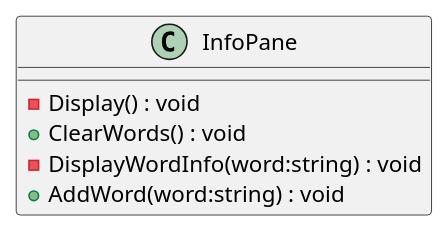
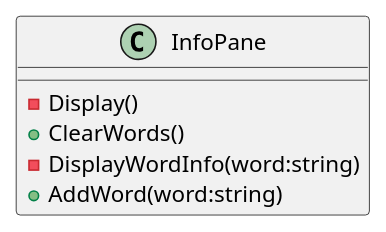
Before and after one commit to Leximon-SWE-2025/Leximon: the diagram in PlantUML/scenes/InfoPane.puml, drawn with PlantUML. The commit also changed 16 other files, not shown here.

```diff
--- a/PlantUML/scenes/InfoPane.puml
+++ b/PlantUML/scenes/InfoPane.puml
@@ -1,15 +1,15 @@
 @startuml InfoPane
 class InfoPane  {
     ' - wordContainer : GridContainer
     ' - playerType : Label
     ' - stats : Label
     ' - player : Player
-    ' + <<override>> _Ready() : void
-    - Display() : void
-    ' - UpdatePlayerInfo() : void
-    + ClearWords() : void
-    - DisplayWordInfo(word:string) : void
-    + AddWord(word:string) : void
+    ' + <<override>> _Ready() 
+    - Display() 
+    ' - UpdatePlayerInfo() 
+    + ClearWords() 
+    - DisplayWordInfo(word:string) 
+    + AddWord(word:string) 
 }
 ' PanelContainer <|-- InfoPane
 @enduml
```
